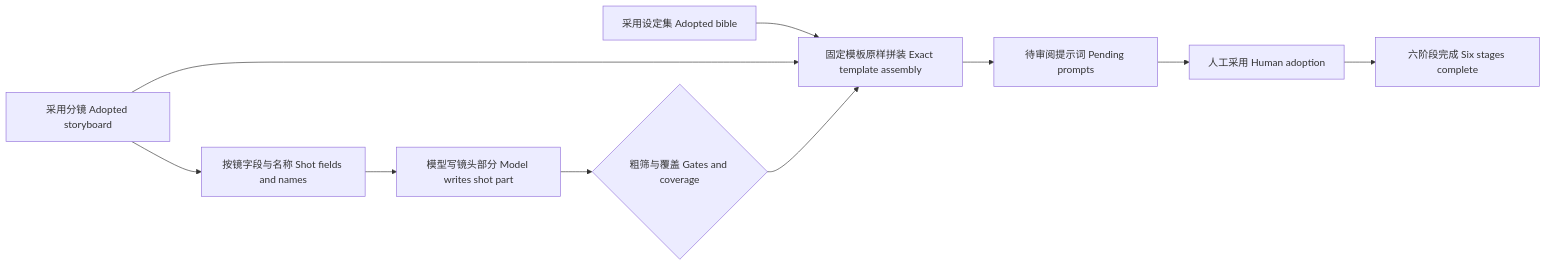
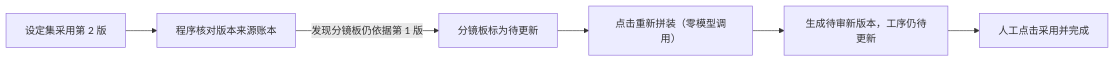
The diagram in book/build/chapters/p07.md (yukawasensei/harness-book-for-everyone), drawn with Mermaid before and after one commit. The commit also changed other lines of this file and 45 other files, not shown here.

````diff
--- a/book/build/chapters/p07.md
+++ b/book/build/chapters/p07.md
@@ -11,12 +42,8 @@
 ```mermaid
 flowchart LR
-  S["采用分镜 Adopted storyboard"] --> R["按镜字段与名称 Shot fields and names"]
-  R --> M["模型写镜头部分 Model writes shot part"]
-  M --> G{"粗筛与覆盖 Gates and coverage"}
-  B["采用设定集 Adopted bible"] --> A["固定模板原样拼装 Exact template assembly"]
-  S --> A
-  G --> A
-  A --> P["待审阅提示词 Pending prompts"]
-  P --> H["人工采用 Human adoption"]
-  H --> C["六阶段完成 Six stages complete"]
+  B["设定集采用第 2 版"] --> C["程序核对版本来源账本"]
+  C -->|"发现分镜板仍依据第 1 版"| S["分镜板标为待更新"]
+  S --> R["点击重新拼装（零模型调用）"]
+  R --> V["生成待审新版本，工序仍待更新"]
+  V --> A["人工点击采用并完成"]
 ```
````
